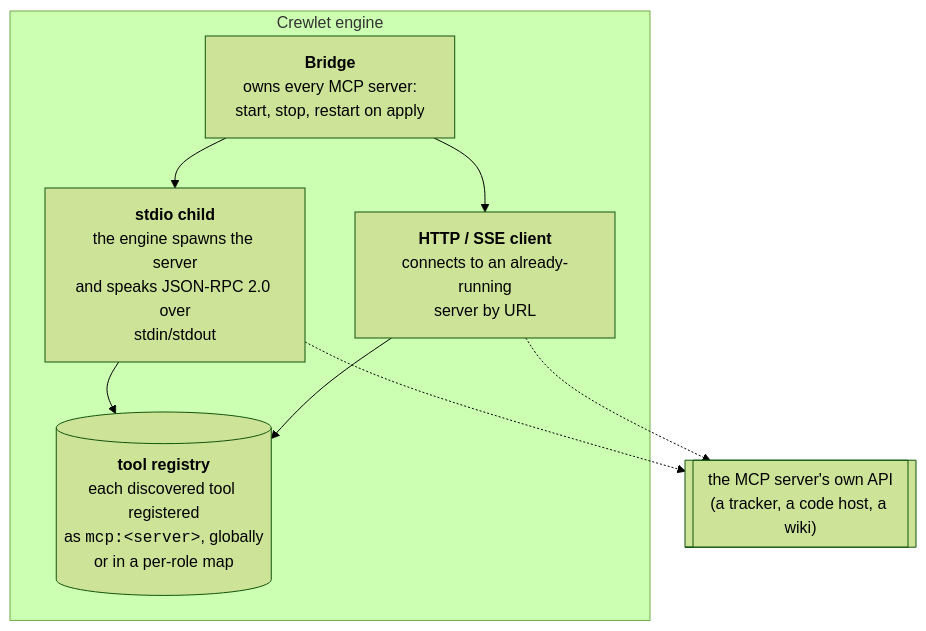
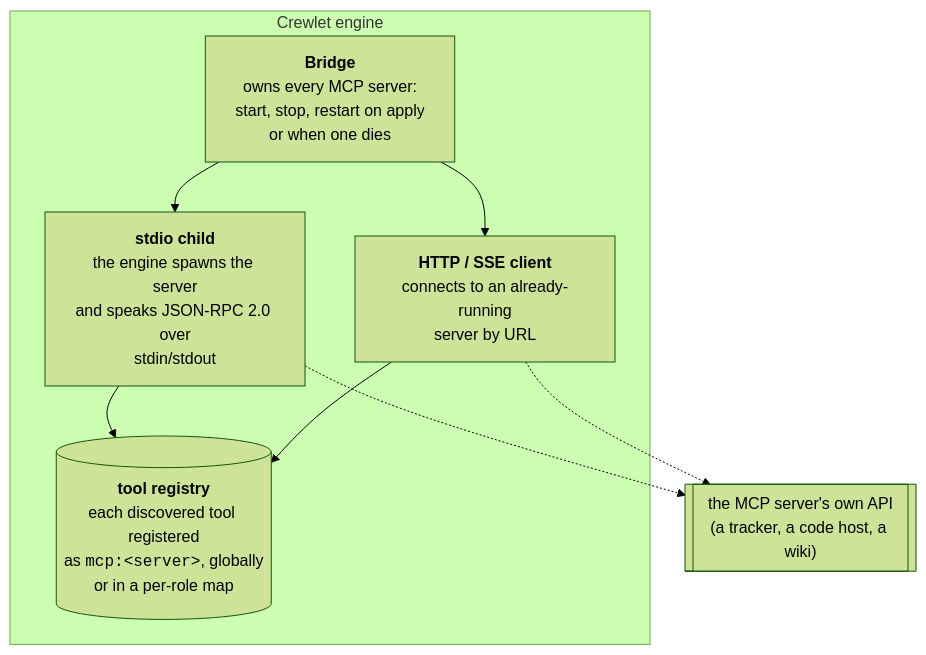
Before and after one commit to crewlet/crewlet: the diagram in docs/guides/tools-and-mcp.md, drawn with Mermaid (forest theme). The commit also changed other lines of this file and 38 other files, not shown here.

First line of the commit message:
fix(mcp): restart a tool server that dies or would not start

````diff
--- a/docs/guides/tools-and-mcp.md
+++ b/docs/guides/tools-and-mcp.md
@@ -316,16 +320,16 @@
 ```mermaid
 flowchart TD
     subgraph ENGINE["Crewlet engine"]
-        BRIDGE["<b>Bridge</b><br/>owns every MCP server:<br/>start, stop, restart on apply"]
+        BRIDGE["<b>Bridge</b><br/>owns every MCP server:<br/>start, stop, restart on apply<br/>or when one dies"]
         STDIO["<b>stdio child</b><br/>the engine spawns the server<br/>and speaks JSON-RPC 2.0 over<br/>stdin/stdout"]
         HTTP["<b>HTTP / SSE client</b><br/>connects to an already-running<br/>server by URL"]
         REG[("<b>tool registry</b><br/>each discovered tool registered<br/>as <code>mcp:&lt;server&gt;</code>, globally<br/>or in a per-role map")]
         BRIDGE --> STDIO
         BRIDGE --> HTTP
         STDIO --> REG
         HTTP --> REG
     end
     SERVER[["the MCP server's own API<br/>(a tracker, a code host, a wiki)"]]
     STDIO -.-> SERVER
     HTTP -.-> SERVER
 ```
````
